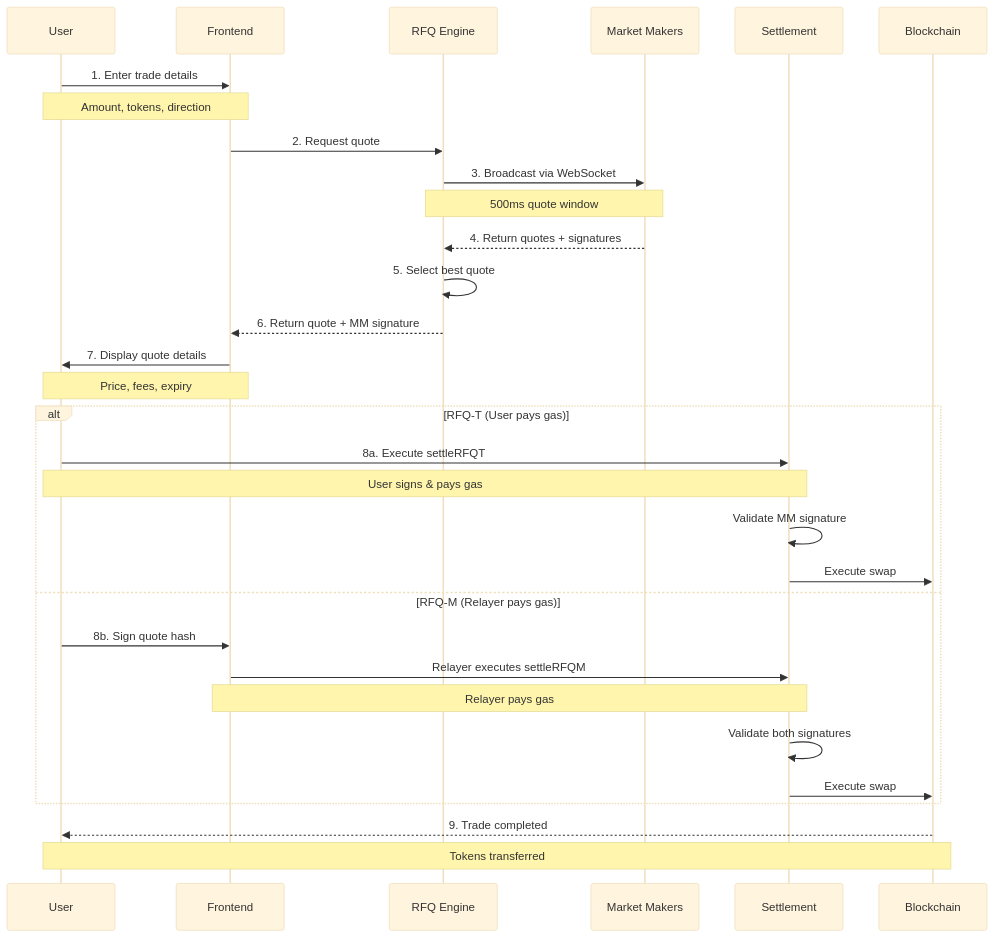
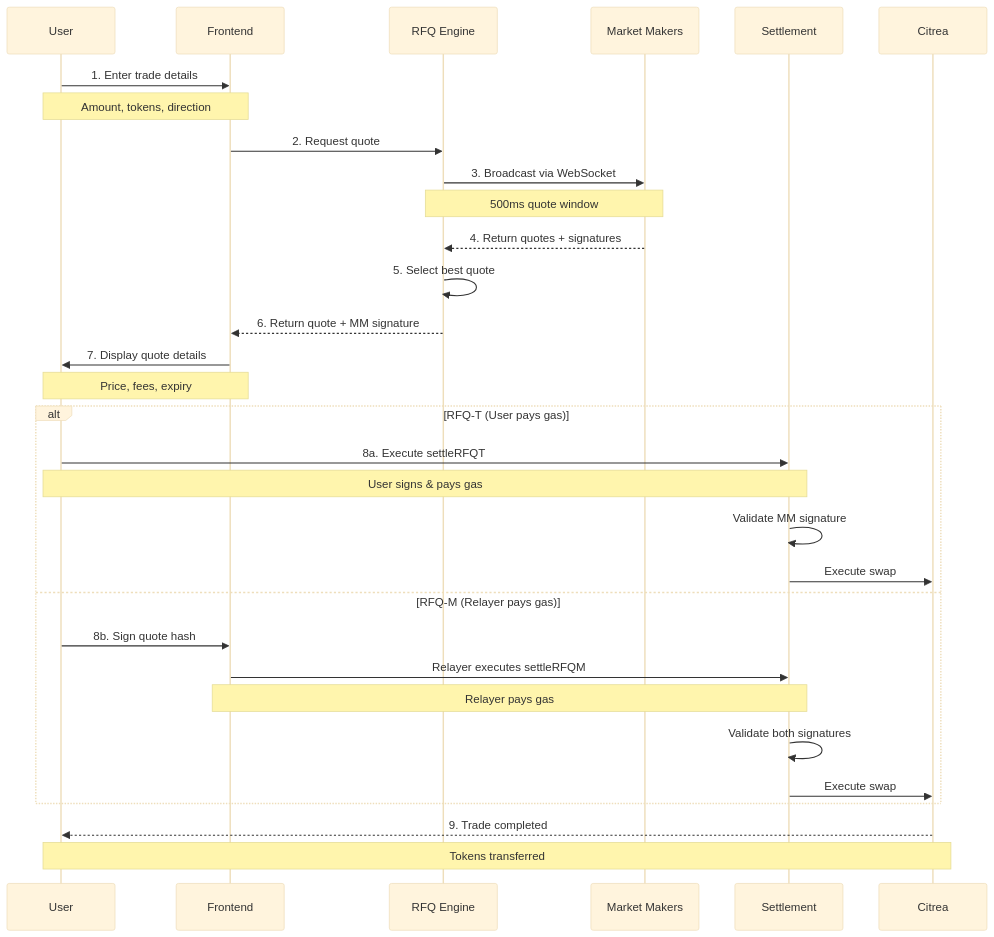
Before and after one commit to crest-bitcoin/docs: the diagram in introduction/trading-flow.mdx, drawn with Mermaid (base theme). The commit also changed 2 other files, not shown here.

````diff
--- a/introduction/trading-flow.mdx
+++ b/introduction/trading-flow.mdx
@@ -10,39 +10,39 @@
 ```mermaid
 sequenceDiagram
     participant User
     participant Frontend
     participant RFQ Engine
     participant Market Makers
     participant Settlement
-    participant Blockchain
+    participant Citrea
 
     User->>Frontend: 1. Enter trade details
     Note over User,Frontend: Amount, tokens, direction
 
     Frontend->>RFQ Engine: 2. Request quote
     RFQ Engine->>Market Makers: 3. Broadcast via WebSocket
     Note over RFQ Engine,Market Makers: 500ms quote window
 
     Market Makers-->>RFQ Engine: 4. Return quotes + signatures
     RFQ Engine->>RFQ Engine: 5. Select best quote
     RFQ Engine-->>Frontend: 6. Return quote + MM signature
 
     Frontend->>User: 7. Display quote details
     Note over Frontend,User: Price, fees, expiry
 
     alt RFQ-T (User pays gas)
         User->>Settlement: 8a. Execute settleRFQT
         Note over User,Settlement: User signs & pays gas
         Settlement->>Settlement: Validate MM signature
-        Settlement->>Blockchain: Execute swap
+        Settlement->>Citrea: Execute swap
     else RFQ-M (Relayer pays gas)
         User->>Frontend: 8b. Sign quote hash
         Frontend->>Settlement: Relayer executes settleRFQM
         Note over Frontend,Settlement: Relayer pays gas
         Settlement->>Settlement: Validate both signatures
-        Settlement->>Blockchain: Execute swap
+        Settlement->>Citrea: Execute swap
     end
 
-    Blockchain-->>User: 9. Trade completed
-    Note over Blockchain,User: Tokens transferred
+    Citrea-->>User: 9. Trade completed
+    Note over Citrea,User: Tokens transferred
 ```
````
